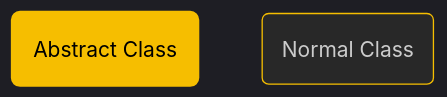
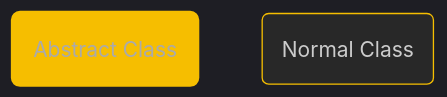
One commit to flame-engine/flame changed the first of 2 diagrams in doc/flame/diagrams/component.md. Above: the diagram before and after it, drawn with Mermaid. The commit also changed other lines of this file, not shown here.

Commit message:
docs: Fix component diagram text styling

````diff
--- a/doc/flame/diagrams/component.md
+++ b/doc/flame/diagrams/component.md
@@ -1,14 +1,14 @@
 ``` {mermaid}
 %%{init: { 'theme': 'dark' } }%%
   graph TD  
 
     %% Node Color %%
-    classDef yellow fill:#F6BE00,stroke:#F6BE00,stroke-width:4px,color:#000 ;
+    classDef yellow fill:#F6BE00,stroke:#F6BE00,stroke-width:4px,color:#AAA ;
     classDef default fill:#282828,stroke:#F6BE00;
     
     %% Nodes %%
 
     z(Abstract Class):::yellow
     x(Normal Class)
 
  ```
````
